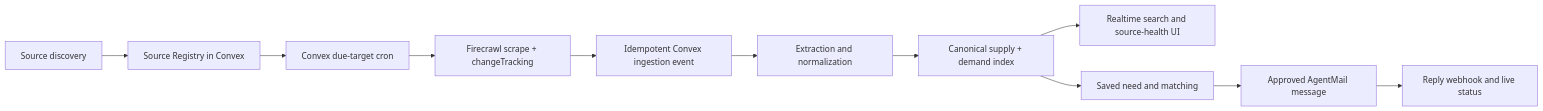
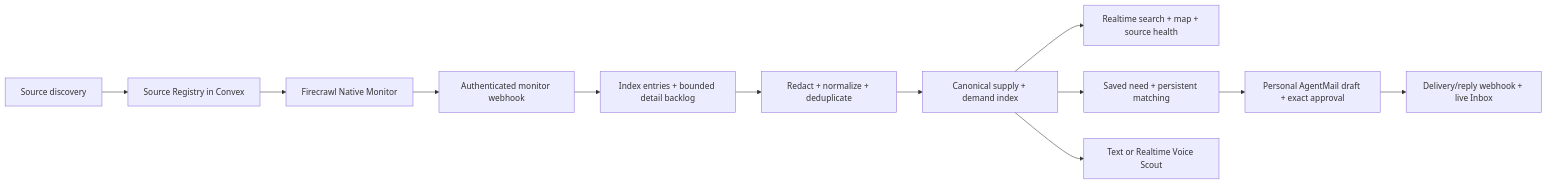
One commit to Finchmedia/roomscout changed the diagram in docs/IMPLEMENTATION_PLAN.md. Above: the diagram before and after it, drawn with Mermaid. The commit also changed other lines of this file and 153 other files, not shown here.

Commit message:
Build RoomScout source intelligence and guarded portal automation

````diff
--- a/docs/IMPLEMENTATION_PLAN.md
+++ b/docs/IMPLEMENTATION_PLAN.md
@@ -76,13 +128,14 @@
 ```mermaid
 flowchart LR
     A["Source discovery"] --> B["Source Registry in Convex"]
-    B --> C["Convex due-target cron"]
-    C --> D["Firecrawl scrape + changeTracking"]
-    D --> E["Idempotent Convex ingestion event"]
-    E --> F["Extraction and normalization"]
+    B --> C["Firecrawl Native Monitor"]
+    C --> D["Authenticated monitor webhook"]
+    D --> E["Index entries + bounded detail backlog"]
+    E --> F["Redact + normalize + deduplicate"]
     F --> G["Canonical supply + demand index"]
-    G --> H["Realtime search and source-health UI"]
-    G --> I["Saved need and matching"]
-    I --> J["Approved AgentMail message"]
-    J --> K["Reply webhook and live status"]
+    G --> H["Realtime search + map + source health"]
+    G --> I["Saved need + persistent matching"]
+    I --> J["Personal AgentMail draft + exact approval"]
+    J --> K["Delivery/reply webhook + live Inbox"]
+    G --> L["Text or Realtime Voice Scout"]
 ```
````
